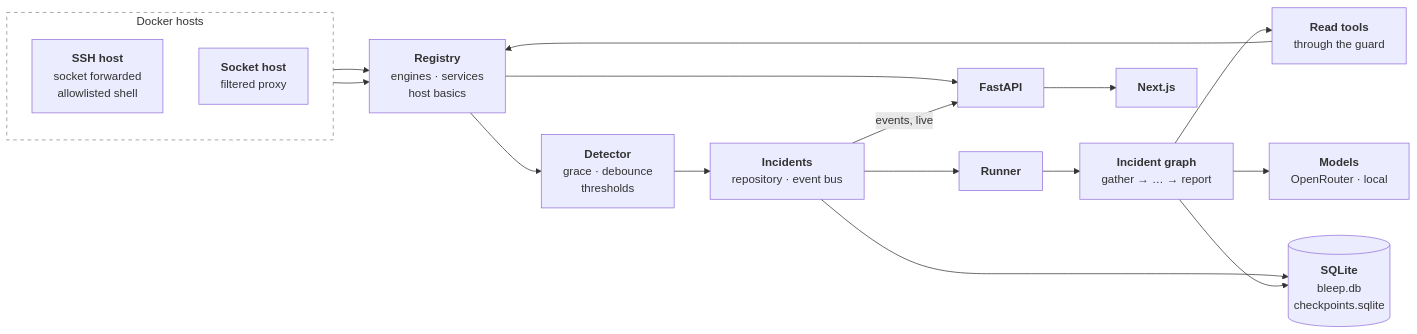
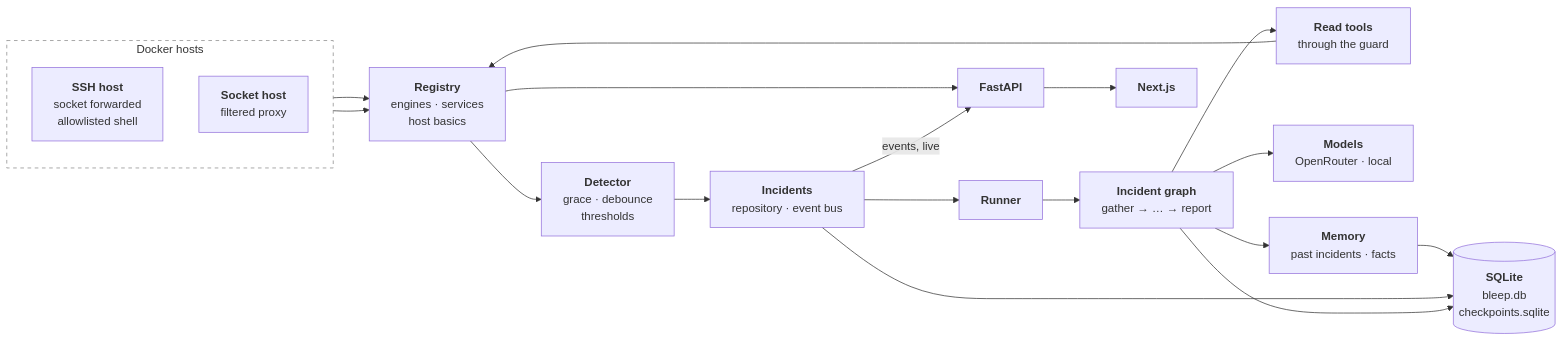
One commit to DannyKuk/bleep changed the diagram in docs/architecture.md. Above: the diagram before and after it, drawn with Mermaid. The commit also changed other lines of this file and 32 other files, not shown here.

Commit message:
Add long-term incident memory with local embeddings, so Gather recalls similar past incidents with the human's decisions and the service's facts, and Report remembers every outcome (#29)

````diff
--- a/docs/architecture.md
+++ b/docs/architecture.md
@@ -7,28 +7,30 @@
 ```mermaid
 flowchart LR
     subgraph HOSTS["Docker hosts"]
         direction TB
         SSH["<b>SSH host</b><br/>socket forwarded<br/>allowlisted shell"]
         SOCK["<b>Socket host</b><br/>filtered proxy"]
     end
     REG["<b>Registry</b><br/>engines · services<br/>host basics"]
     DET["<b>Detector</b><br/>grace · debounce<br/>thresholds"]
     INC["<b>Incidents</b><br/>repository · event bus"]
     RUN["<b>Runner</b>"]
     GRAPH["<b>Incident graph</b><br/>gather → … → report"]
     TOOLS["<b>Read tools</b><br/>through the guard"]
     LLM["<b>Models</b><br/>OpenRouter · local"]
+    MEM["<b>Memory</b><br/>past incidents · facts"]
     DB[("<b>SQLite</b><br/>bleep.db<br/>checkpoints.sqlite")]
     API["<b>FastAPI</b>"]
     FE["<b>Next.js</b>"]
     SSH --> REG
     SOCK --> REG
     REG --> DET --> INC --> RUN --> GRAPH
     GRAPH --> TOOLS --> REG
     GRAPH --> LLM
+    GRAPH --> MEM --> DB
     INC --> DB
     GRAPH --> DB
     REG --> API --> FE
     INC -->|events, live| API
     style HOSTS fill:none,stroke:#888,stroke-dasharray:5 5
 ```
````
